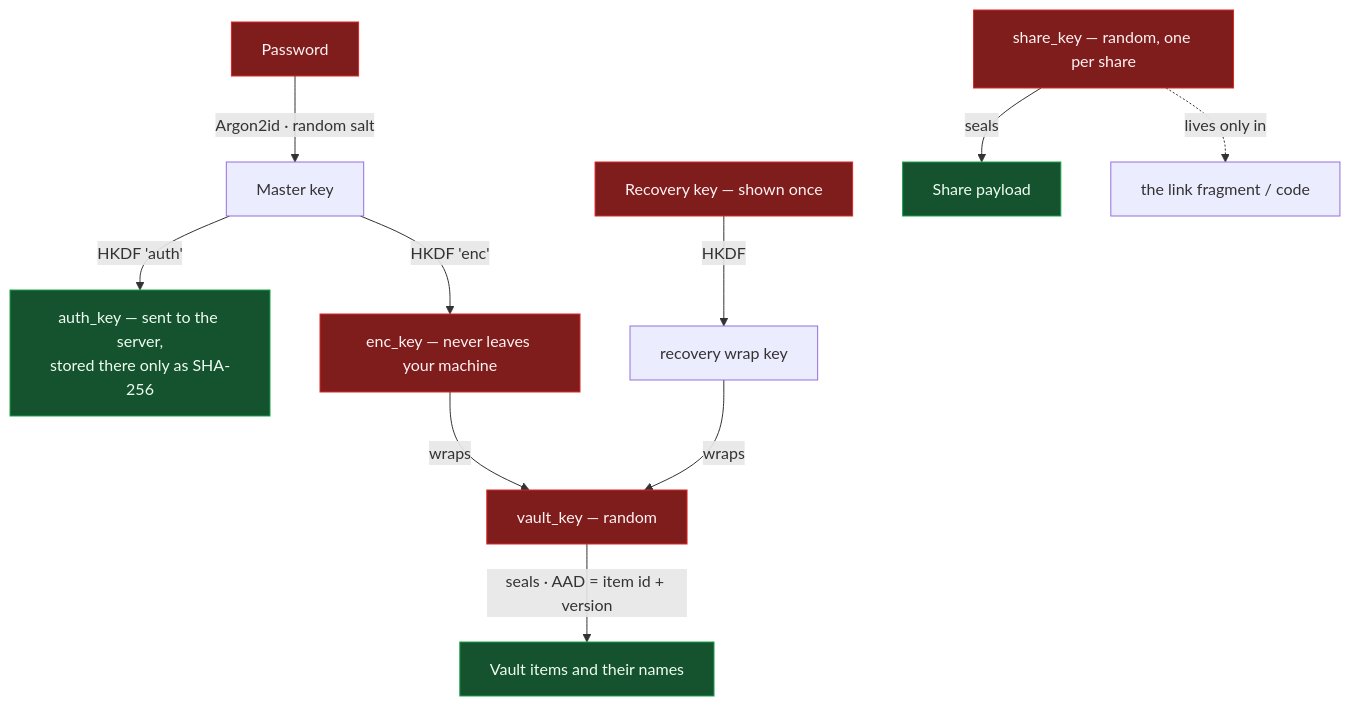
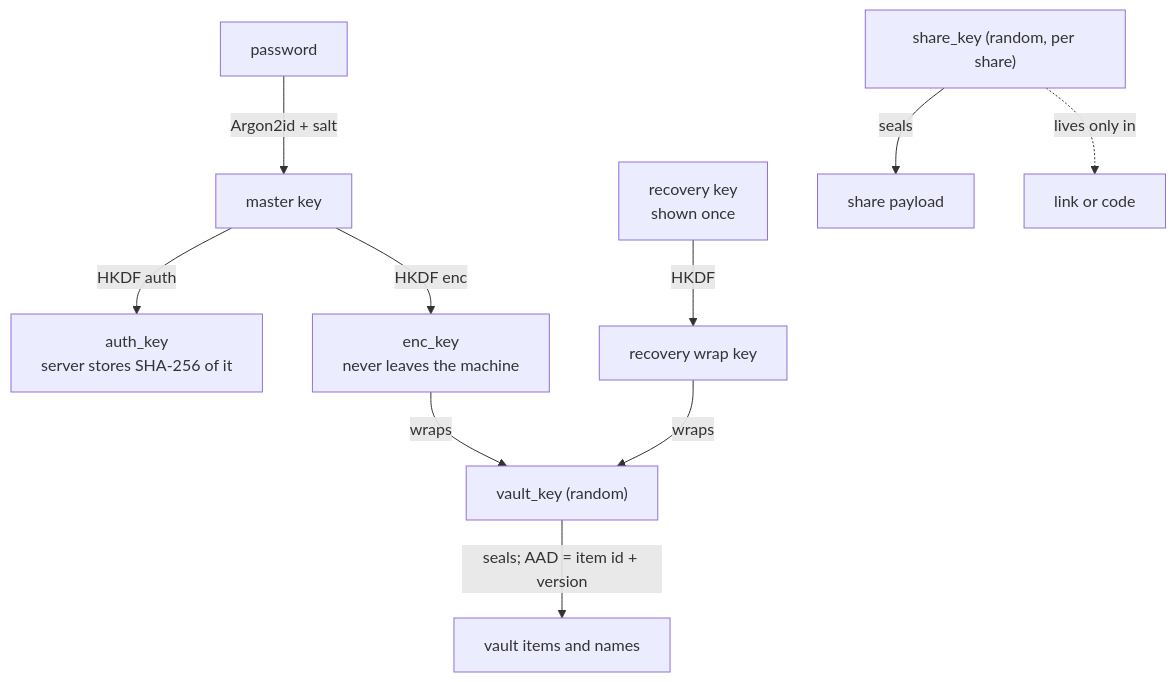
The second of 3 diagrams in ARCHITECTURE.md (YatharthKaushal/dotvault), drawn with Mermaid before and after one commit. The commit also changed other lines of this file and 10 other files, not shown here.

````diff
--- a/ARCHITECTURE.md
+++ b/ARCHITECTURE.md
@@ -354,20 +55,12 @@
 ```mermaid
 flowchart TD
-    PW["Password"] -- "Argon2id · random salt" --> MK["Master key"]
-    MK -- "HKDF 'auth'" --> AK["auth_key — sent to the server,<br/>stored there only as SHA-256"]
-    MK -- "HKDF 'enc'" --> EK["enc_key — never leaves your machine"]
-    EK -- "wraps" --> VK["vault_key — random"]
-
-    RK["Recovery key — shown once"] -- "HKDF" --> RE["recovery wrap key"]
+    PW["password"] -- "Argon2id + salt" --> MK["master key"]
+    MK -- "HKDF auth" --> AK["auth_key<br/>server stores SHA-256 of it"]
+    MK -- "HKDF enc" --> EK["enc_key<br/>never leaves the machine"]
+    EK -- "wraps" --> VK["vault_key (random)"]
+    RK["recovery key<br/>shown once"] -- "HKDF" --> RE["recovery wrap key"]
     RE -- "wraps" --> VK
-
-    VK -- "seals · AAD = item id + version" --> ITEMS["Vault items and their names"]
-
-    SK["share_key — random, one per share"] -- "seals" --> SH["Share payload"]
-    SK -. "lives only in" .-> LINK["the link fragment / code"]
-
-    classDef secret fill:#7f1d1d,stroke:#dc2626,color:#fef2f2
-    classDef server fill:#14532d,stroke:#16a34a,color:#f0fdf4
-    class PW,EK,VK,RK,SK secret
-    class AK,ITEMS,SH server
+    VK -- "seals; AAD = item id + version" --> ITEMS["vault items and names"]
+    SK["share_key (random, per share)"] -- "seals" --> SH["share payload"]
+    SK -. "lives only in" .-> LINK["link or code"]
 ```
````
